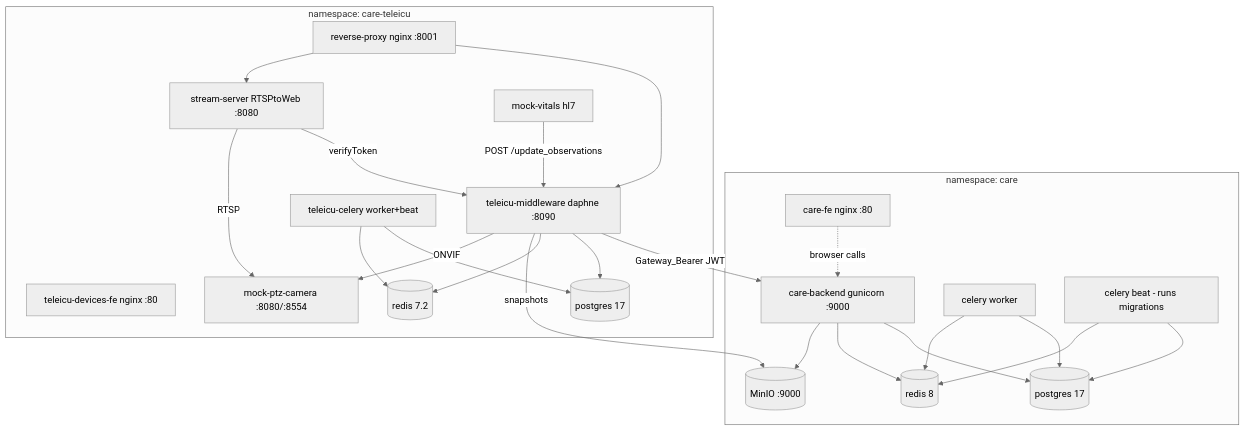
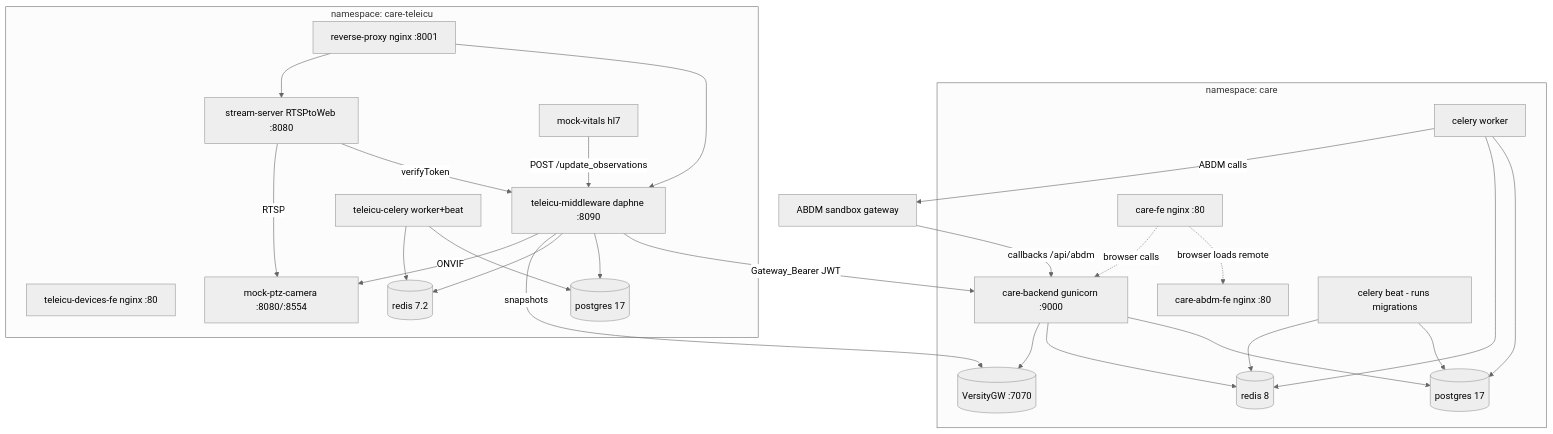
One commit to rithviknishad/systems.nix changed the diagram in docs/care.md. Above: the diagram before and after it, drawn with Mermaid (neutral theme). The commit also changed other lines of this file and 21 other files, not shown here.

First line of the commit message:
care: ABDM plug, single-origin routing, VersityGW, DB reset tooling

````diff
--- a/docs/care.md
+++ b/docs/care.md
@@ -41,36 +61,40 @@
 ```mermaid
 flowchart TB
     subgraph care[namespace: care]
         fe[care-fe nginx :80]
+        abdmfe[care-abdm-fe nginx :80]
         api[care-backend gunicorn :9000]
         worker[celery worker]
         beat[celery beat - runs migrations]
         pg1[(postgres 17)]
         rds1[(redis 8)]
-        minio[(MinIO :9000)]
+        s3[(VersityGW :7070)]
     end
     subgraph teleicu[namespace: care-teleicu]
         mw[teleicu-middleware daphne :8090]
         cel[teleicu-celery worker+beat]
         rtsp[stream-server RTSPtoWeb :8080]
         rp[reverse-proxy nginx :8001]
         mfe[teleicu-devices-fe nginx :80]
         cam[mock-ptz-camera :8080/:8554]
         vit[mock-vitals hl7]
         pg2[(postgres 17)]
         rds2[(redis 7.2)]
     end
 
+    fe -.->|browser loads remote| abdmfe
     fe -.->|browser calls| api
-    api --> pg1 & rds1 & minio
+    api --> pg1 & rds1 & s3
     worker & beat --> pg1 & rds1
+    abdm[ABDM sandbox gateway] -->|callbacks /api/abdm| api
+    worker -->|ABDM calls| abdm
     mw -->|Gateway_Bearer JWT| api
     mw --> pg2 & rds2
-    mw -->|snapshots| minio
+    mw -->|snapshots| s3
     cel --> pg2 & rds2
     rp --> mw & rtsp
     rtsp -->|verifyToken| mw
     rtsp -->|RTSP| cam
     mw -->|ONVIF| cam
     vit -->|POST /update_observations| mw
 ```
````
